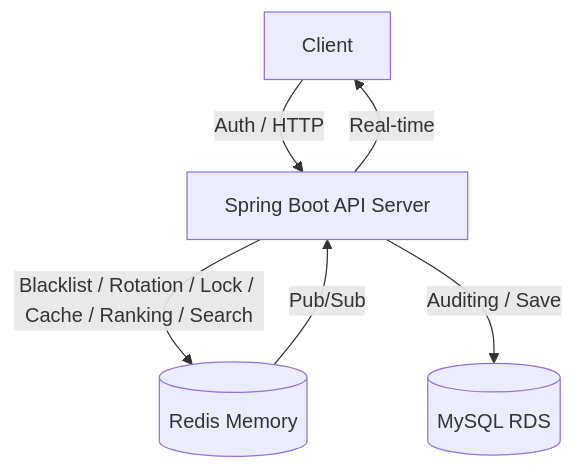
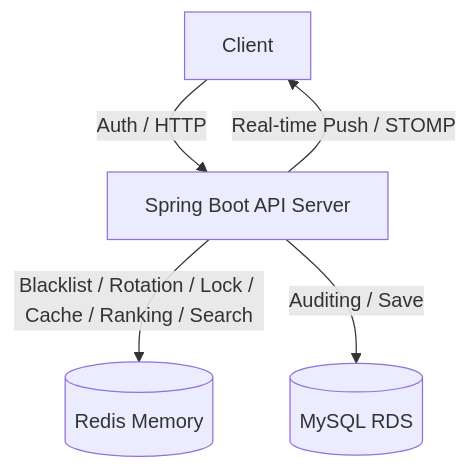
Before and after one commit to helloyoogs/tarot-insight-backend: the diagram in README.md, drawn with Mermaid. The commit also changed other lines of this file and 3 other files, not shown here.

Commit message:
[feat] Redis ZSet 및 WebSocket(STOMP) 기반 실시간 랭킹 알림 시스템 구현 - [Redis] Sorted Set을 활용한 상담사 인기 순위(Score) 실시간 관리 및 조회 로직 구현 - [WebSocket] STOMP 프로토콜 기반 실시간 알림 환경 설정 (/pub, /sub 접두사 적용) - [Service] 예약 성공 시 랭킹 점수 자동 갱신 및 구독자 대상 실시간 브로드캐스트 로직 연동 - [UI] 실시간 랭킹 변화 모니터링을 위한 테스트 프론트엔드(HTML/SockJS) 구현

````diff
--- a/README.md
+++ b/README.md
@@ -35,8 +36,7 @@
 ```mermaid
 graph TD
     Client[Client] -->|Auth / HTTP| Server[Spring Boot API Server]
     Server -->|Blacklist / Rotation / Lock / Cache / Ranking / Search| Redis[(Redis Memory)]
     Server -->|Auditing / Save| MySQL[(MySQL RDS)]
-    Redis -->|Pub/Sub| Server
-    Server -->|Real-time| Client
+    Server -->|Real-time Push / STOMP| Client
 ```
````
